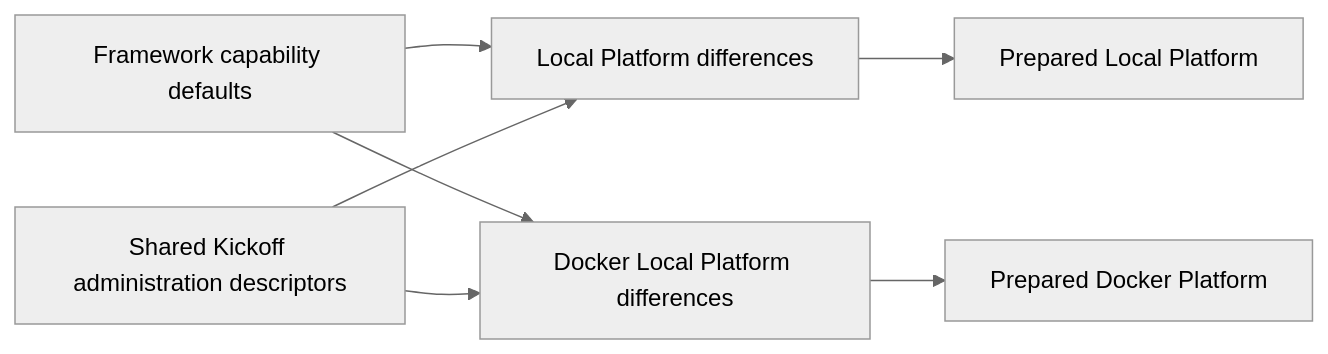
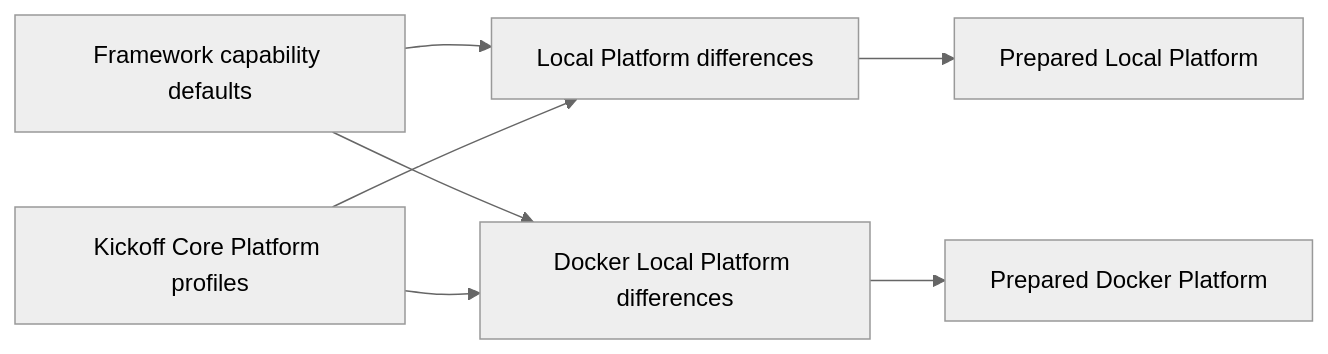
Before and after one commit to Nodics/nodics.kickoff: the diagram in docs/pages/configuration-inheritance.md, drawn with Mermaid (neutral theme). The commit also changed other lines of this file and 86 other files, not shown here.

````diff
--- a/docs/pages/configuration-inheritance.md
+++ b/docs/pages/configuration-inheritance.md
@@ -47,9 +40,9 @@
 ```mermaid
 flowchart LR
   Capabilities["Framework capability defaults"] --> Local["Local Platform differences"]
   Capabilities --> Docker["Docker Local Platform differences"]
-  Shared["Shared Kickoff administration descriptors"] --> Local
-  Shared --> Docker
+  Core["Kickoff Core Platform profiles"] --> Local
+  Core --> Docker
   Local --> LocalRuntime["Prepared Local Platform"]
   Docker --> DockerRuntime["Prepared Docker Platform"]
 ```
````
